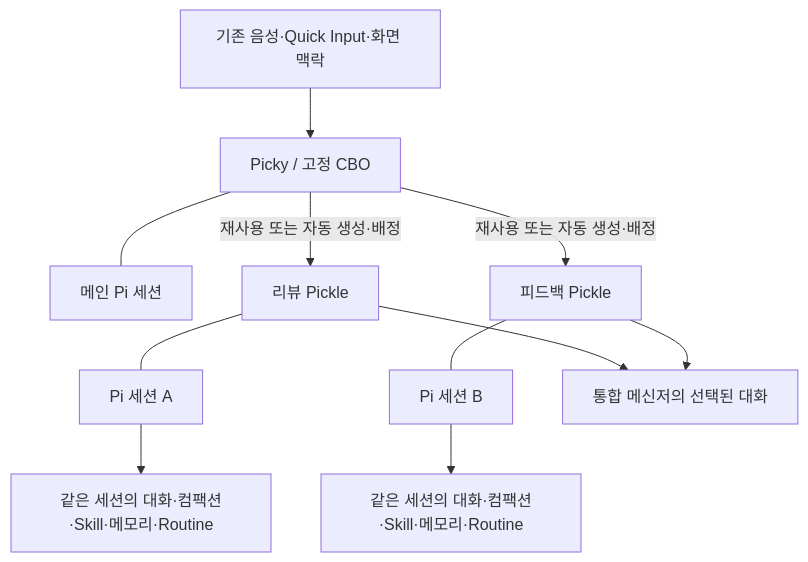
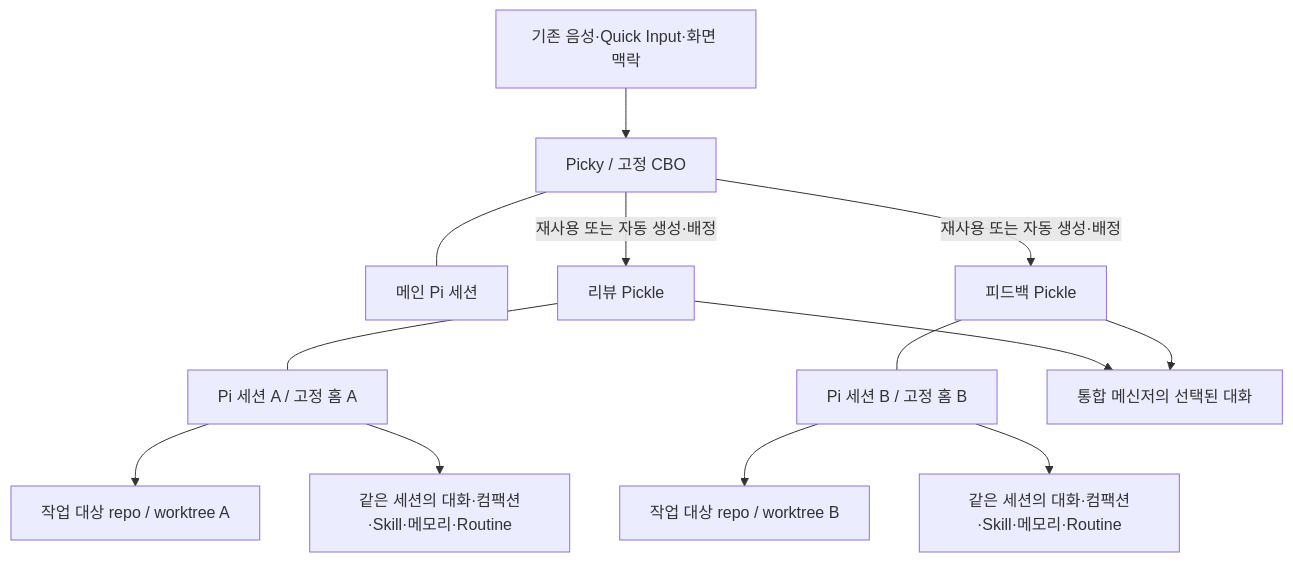
The diagram in docs/picky-pickle-bot-mvp-prd.md (Jonghakseo/picky), drawn with Mermaid before and after one commit. The commit also changed other lines of this file, not shown here.

````diff
--- a/docs/picky-pickle-bot-mvp-prd.md
+++ b/docs/picky-pickle-bot-mvp-prd.md
@@ -90,13 +126,15 @@
 ```mermaid
 flowchart TD
     Input[기존 음성·Quick Input·화면 맥락] --> Main[Picky / 고정 CBO]
     Main --- MainPi[메인 Pi 세션]
     Main -->|재사용 또는 자동 생성·배정| BotA[리뷰 Pickle]
     Main -->|재사용 또는 자동 생성·배정| BotB[피드백 Pickle]
-    BotA --- PiA[Pi 세션 A]
-    BotB --- PiB[Pi 세션 B]
+    BotA --- PiA[Pi 세션 A / 고정 홈 A]
+    BotB --- PiB[Pi 세션 B / 고정 홈 B]
+    PiA --> RepoA[작업 대상 repo / worktree A]
+    PiB --> RepoB[작업 대상 repo / worktree B]
     PiA --> LifeA[같은 세션의 대화·컴팩션·Skill·메모리·Routine]
     PiB --> LifeB[같은 세션의 대화·컴팩션·Skill·메모리·Routine]
     BotA --> UI[통합 메신저의 선택된 대화]
     BotB --> UI
 ```
````
